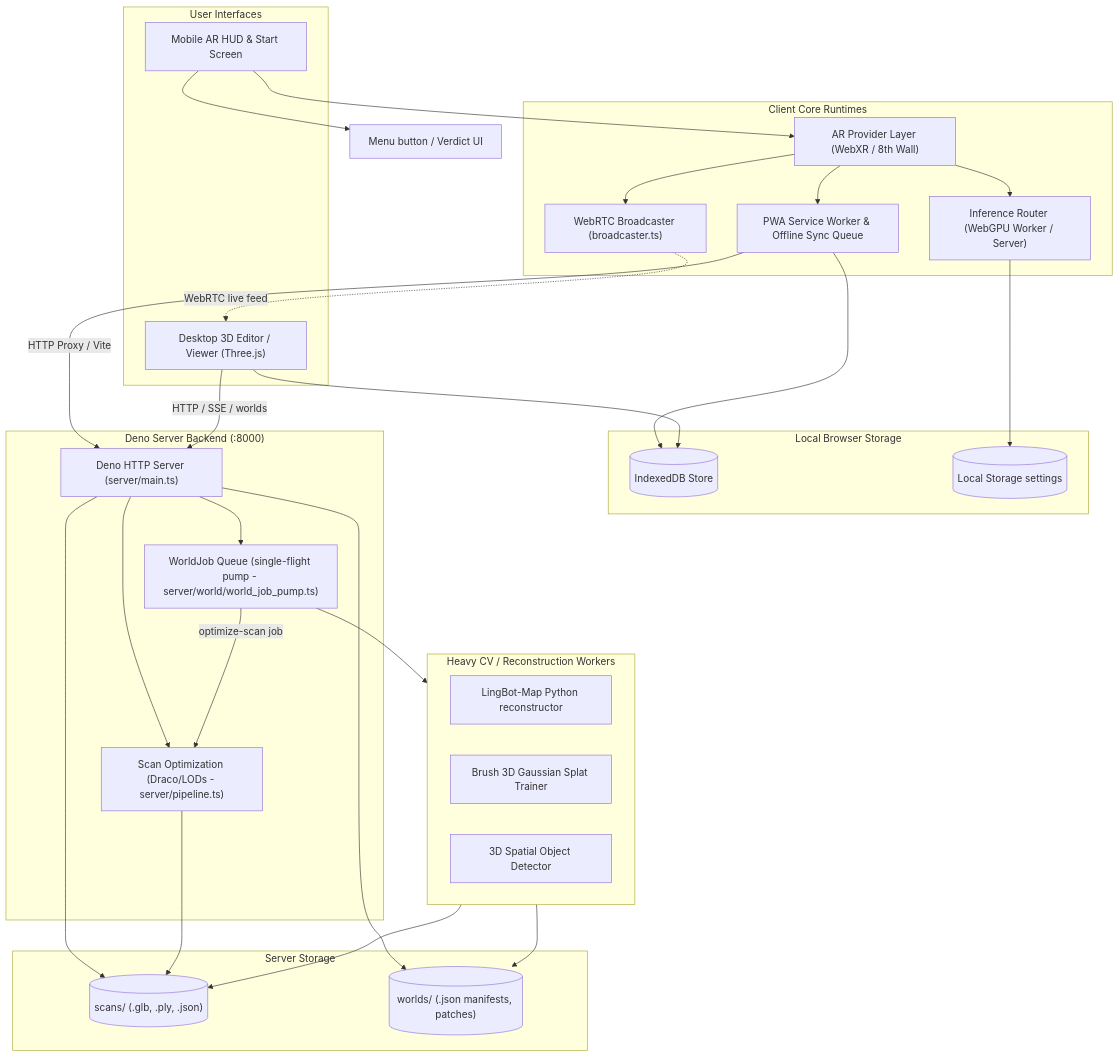
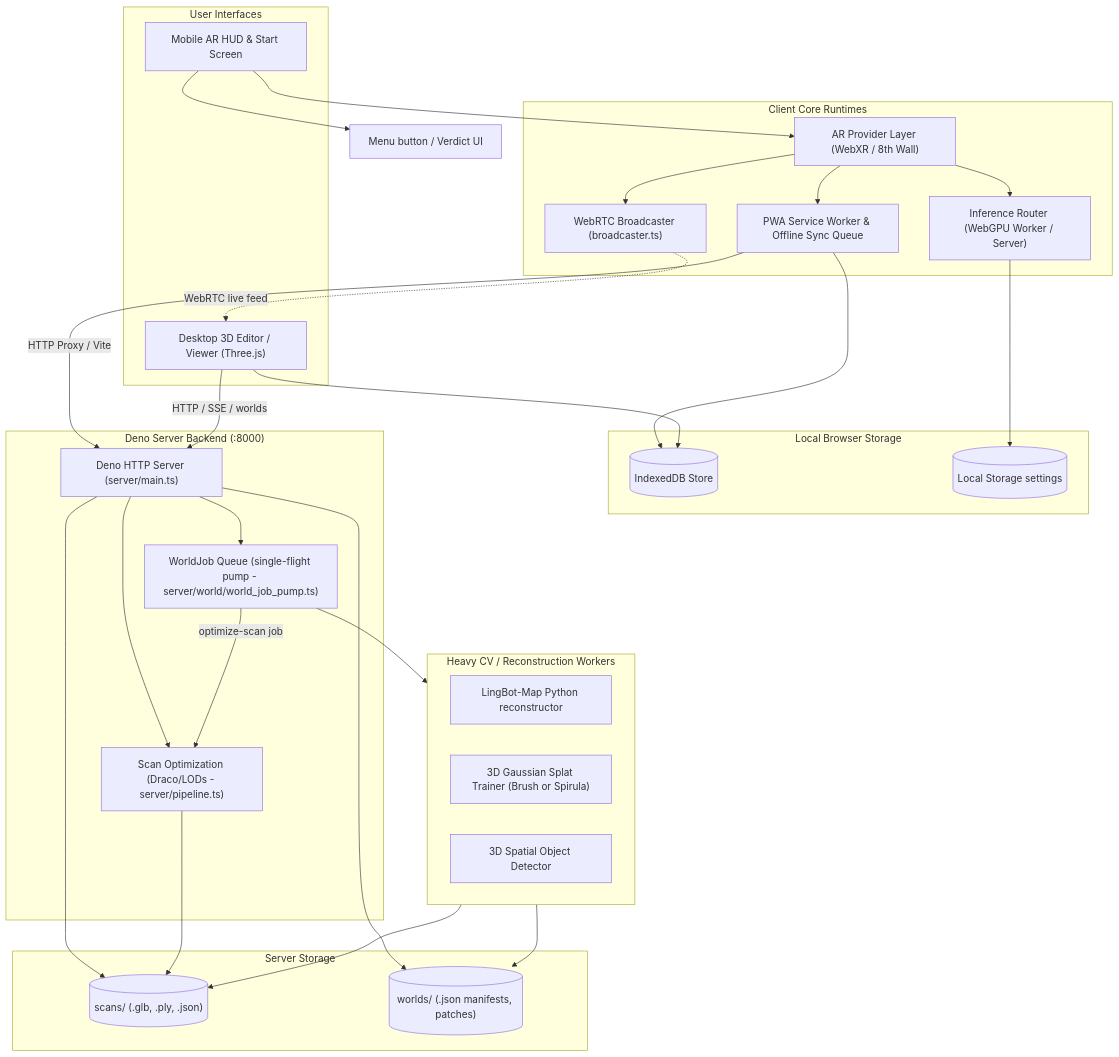
The first of 3 diagrams in README.md (companionintelligence/CI-Spatial), drawn with Mermaid before and after one commit. The commit also changed other lines of this file and 103 other files, not shown here.

````diff
--- a/README.md
+++ b/README.md
@@ -45,62 +45,62 @@
 ```mermaid
 flowchart TB
     subgraph UI ["User Interfaces"]
         ScannerMobile["Mobile AR HUD & Start Screen"]
         EditorDesktop["Desktop 3D Editor / Viewer (Three.js)"]
     end
 
     subgraph ClientCore ["Client Core Runtimes"]
         ARProvider["AR Provider Layer (WebXR / 8th Wall)"]
         InferenceRouter["Inference Router (WebGPU Worker / Server)"]
         Broadcaster["WebRTC Broadcaster (broadcaster.ts)"]
         PWA["PWA Service Worker & Offline Sync Queue"]
     end
 
     subgraph LocalStorage ["Local Browser Storage"]
         IDB_Client[(IndexedDB Store)]
         LStore[(Local Storage settings)]
     end
 
     subgraph ServerBackend ["Deno Server Backend (:8000)"]
         HTTPGateway["Deno HTTP Server (server/main.ts)"]
         JobRunner["WorldJob Queue (single-flight pump - server/world/world_job_pump.ts)"]
         OptimizationPipeline["Scan Optimization (Draco/LODs - server/pipeline.ts)"]
     end
 
     subgraph ServerStorage ["Server Storage"]
         ScansStore[("scans/ (.glb, .ply, .json)")]
         WorldsStore[("worlds/ (.json manifests, patches)")]
     end
 
     subgraph HeavyWorkers ["Heavy CV / Reconstruction Workers"]
         LingBotMap["LingBot-Map Python reconstructor"]
-        SplatTrainer["Brush 3D Gaussian Splat Trainer"]
+        SplatTrainer["3D Gaussian Splat Trainer (Brush or Spirula)"]
         SplatDetector["3D Spatial Object Detector"]
     end
 
     %% Wiring
     ScannerMobile --> ARProvider
     ScannerMobile --> MenuBtn["Menu button / Verdict UI"]
     ARProvider --> InferenceRouter
     ARProvider --> Broadcaster
     ARProvider --> PWA
     PWA --> IDB_Client
     InferenceRouter --> LStore
     
     Broadcaster -.->|WebRTC live feed| EditorDesktop
     EditorDesktop --> IDB_Client
     
     PWA -->|HTTP Proxy / Vite| HTTPGateway
     EditorDesktop -->|HTTP / SSE / worlds| HTTPGateway
     
     HTTPGateway --> JobRunner
     HTTPGateway --> OptimizationPipeline
     HTTPGateway --> ScansStore
     HTTPGateway --> WorldsStore
     
     JobRunner --> HeavyWorkers
     JobRunner -->|optimize-scan job| OptimizationPipeline
     HeavyWorkers --> ScansStore
     HeavyWorkers --> WorldsStore
     OptimizationPipeline --> ScansStore
 ```
````
